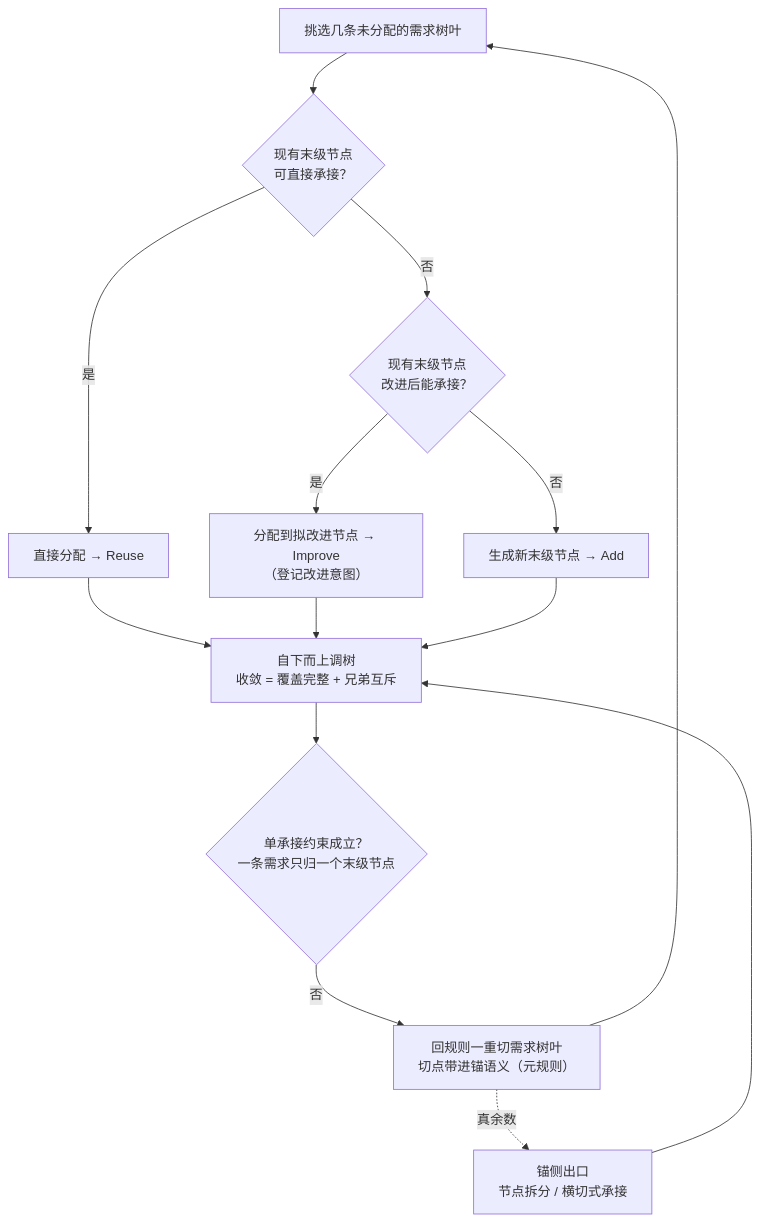
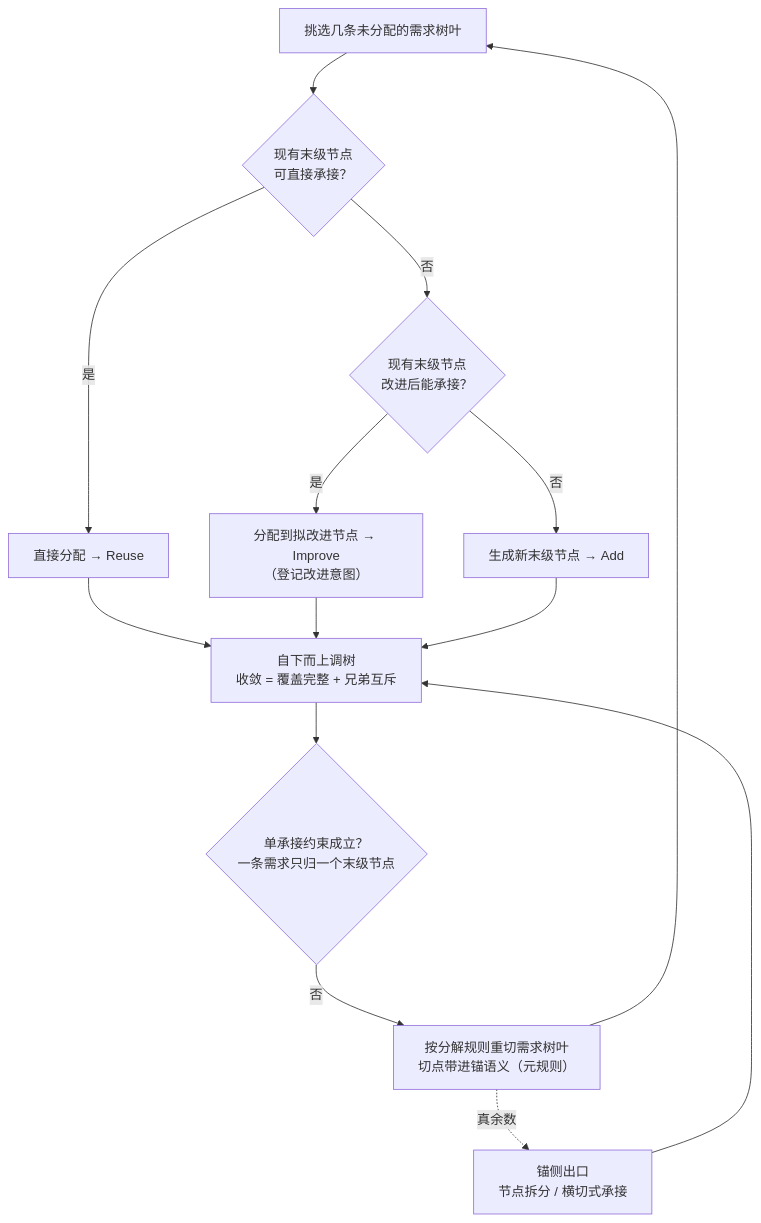
Before and after one commit to Yongjunzhou/AOS-system-design: the second of 3 diagrams in 50-research/00-系统工程相关研究报告/20-由需求开发方案研究报告-需求方案对与两阶段设计算法.md, drawn with Mermaid. The commit also changed other lines of this file and 2 other files, not shown here.

````diff
--- a/50-research/00-系统工程相关研究报告/20-由需求开发方案研究报告-需求方案对与两阶段设计算法.md
+++ b/50-research/00-系统工程相关研究报告/20-由需求开发方案研究报告-需求方案对与两阶段设计算法.md
@@ -144,16 +165,16 @@
 ```mermaid
 flowchart TD
     A["挑选几条未分配的需求树叶"] --> B{"现有末级节点<br/>可直接承接？"}
     B -- 是 --> C["直接分配 → Reuse"]
     B -- 否 --> D{"现有末级节点<br/>改进后能承接？"}
     D -- 是 --> E["分配到拟改进节点 → Improve<br/>（登记改进意图）"]
     D -- 否 --> F["生成新末级节点 → Add"]
     C --> G["自下而上调树<br/>收敛 = 覆盖完整 + 兄弟互斥"]
     E --> G
     F --> G
     G --> H{"单承接约束成立？<br/>一条需求只归一个末级节点"}
-    H -- 否 --> I["回规则一重切需求树叶<br/>切点带进锚语义（元规则）"]
+    H -- 否 --> I["按分解规则重切需求树叶<br/>切点带进锚语义（元规则）"]
     I --> A
     I -.->|"真余数"| K["锚侧出口<br/>节点拆分 / 横切式承接"]
     K --> G
 ```
````
